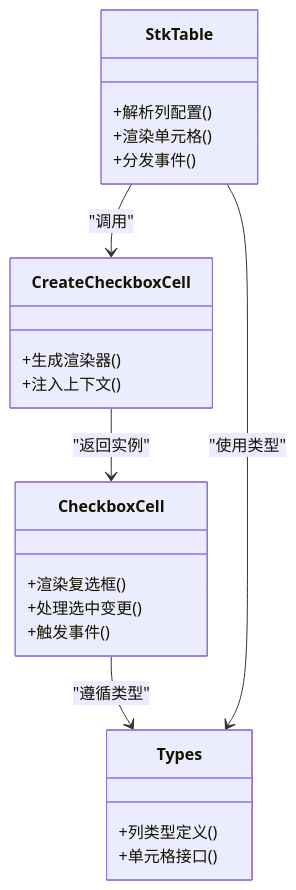
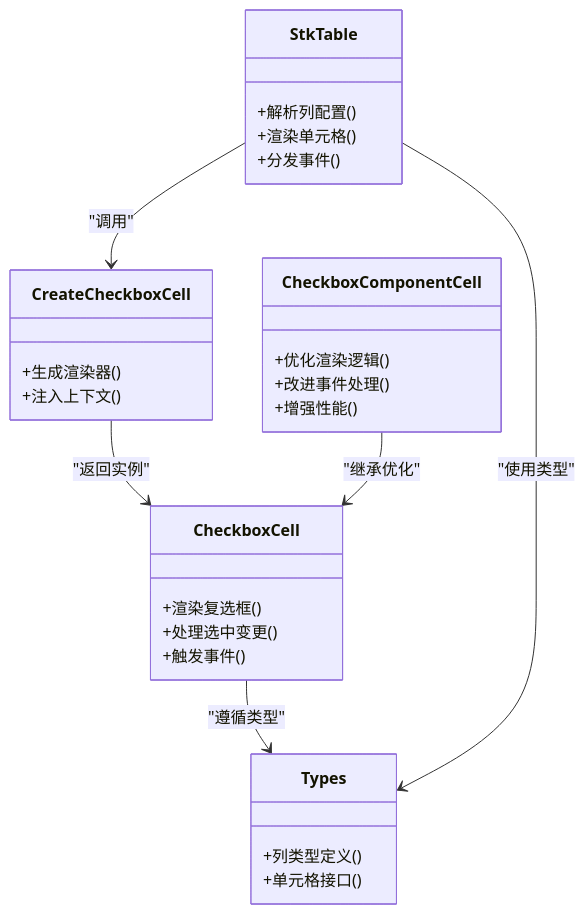
One commit to ja-plus/stk-table-vue changed the third of 3 diagrams in .qoder/repowiki/zh/content/自定义单元格/复选框单元格.md. Above: the diagram before and after it, drawn with Mermaid. The commit also changed other lines of this file and 54 other files, not shown here.

````diff
--- a/.qoder/repowiki/zh/content/自定义单元格/复选框单元格.md
+++ b/.qoder/repowiki/zh/content/自定义单元格/复选框单元格.md
@@ -147,25 +179,31 @@
 ```mermaid
 classDiagram
 class StkTable {
 +解析列配置()
 +渲染单元格()
 +分发事件()
 }
 class CreateCheckboxCell {
 +生成渲染器()
 +注入上下文()
 }
 class CheckboxCell {
 +渲染复选框()
 +处理选中变更()
 +触发事件()
 }
+class CheckboxComponentCell {
++优化渲染逻辑()
++改进事件处理()
++增强性能()
+}
 class Types {
 +列类型定义()
 +单元格接口()
 }
 StkTable --> CreateCheckboxCell : "调用"
 CreateCheckboxCell --> CheckboxCell : "返回实例"
+CheckboxComponentCell --> CheckboxCell : "继承优化"
 CheckboxCell --> Types : "遵循类型"
 StkTable --> Types : "使用类型"
 ```
````
